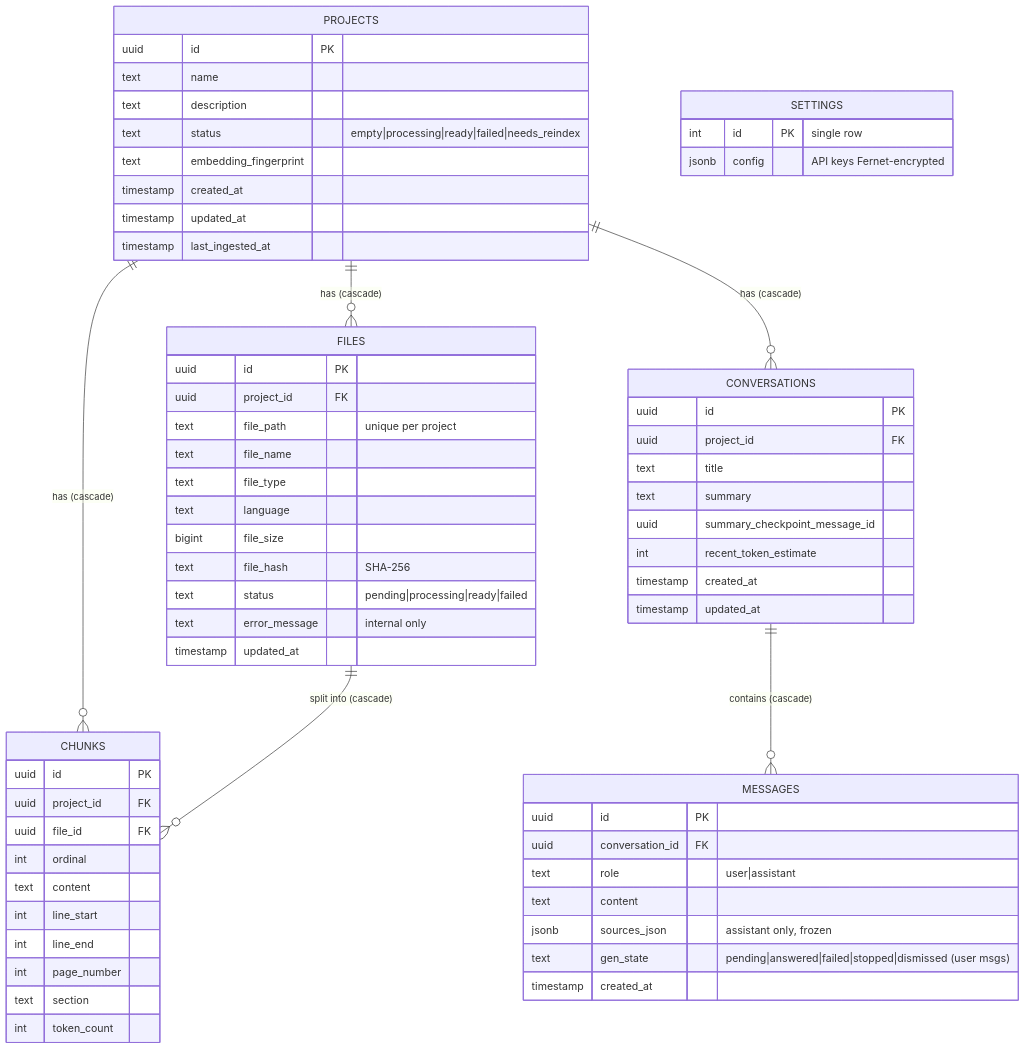
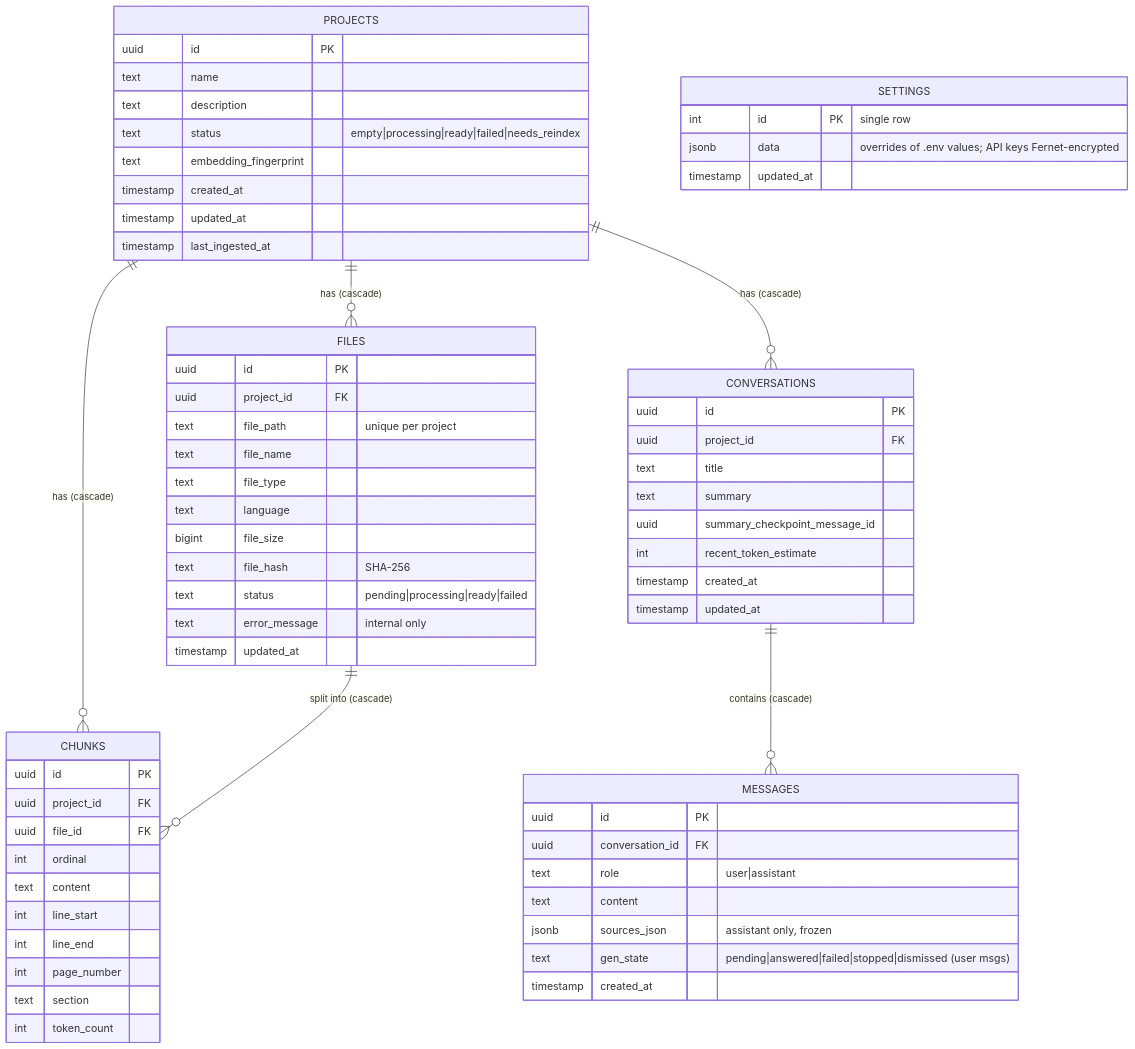
Before and after one commit to Shashank8602/DevDocs: the first of 3 diagrams in Docs/Plan/Diagrams/03-data-model.md, drawn with Mermaid. The commit also changed other lines of this file and 83 other files, not shown here.

````diff
--- a/Docs/Plan/Diagrams/03-data-model.md
+++ b/Docs/Plan/Diagrams/03-data-model.md
@@ -7,67 +9,68 @@
 ```mermaid
 erDiagram
     PROJECTS ||--o{ FILES : "has (cascade)"
     PROJECTS ||--o{ CHUNKS : "has (cascade)"
     PROJECTS ||--o{ CONVERSATIONS : "has (cascade)"
     FILES ||--o{ CHUNKS : "split into (cascade)"
     CONVERSATIONS ||--o{ MESSAGES : "contains (cascade)"
 
     PROJECTS {
         uuid id PK
         text name
         text description
         text status "empty|processing|ready|failed|needs_reindex"
         text embedding_fingerprint
         timestamp created_at
         timestamp updated_at
         timestamp last_ingested_at
     }
     FILES {
         uuid id PK
         uuid project_id FK
         text file_path "unique per project"
         text file_name
         text file_type
         text language
         bigint file_size
         text file_hash "SHA-256"
         text status "pending|processing|ready|failed"
         text error_message "internal only"
         timestamp updated_at
     }
     CHUNKS {
         uuid id PK
         uuid project_id FK
         uuid file_id FK
         int ordinal
         text content
         int line_start
         int line_end
         int page_number
         text section
         int token_count
     }
     CONVERSATIONS {
         uuid id PK
         uuid project_id FK
         text title
         text summary
         uuid summary_checkpoint_message_id
         int recent_token_estimate
         timestamp created_at
         timestamp updated_at
     }
     MESSAGES {
         uuid id PK
         uuid conversation_id FK
         text role "user|assistant"
         text content
         jsonb sources_json "assistant only, frozen"
         text gen_state "pending|answered|failed|stopped|dismissed (user msgs)"
         timestamp created_at
     }
     SETTINGS {
         int id PK "single row"
-        jsonb config "API keys Fernet-encrypted"
+        jsonb data "overrides of .env values; API keys Fernet-encrypted"
+        timestamp updated_at
     }
 ```
````
